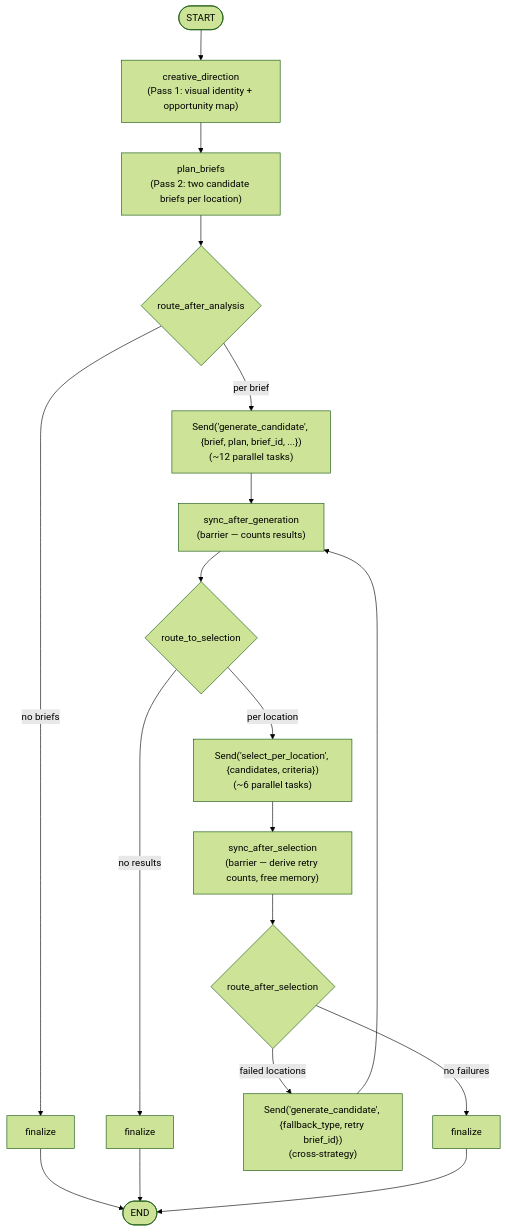
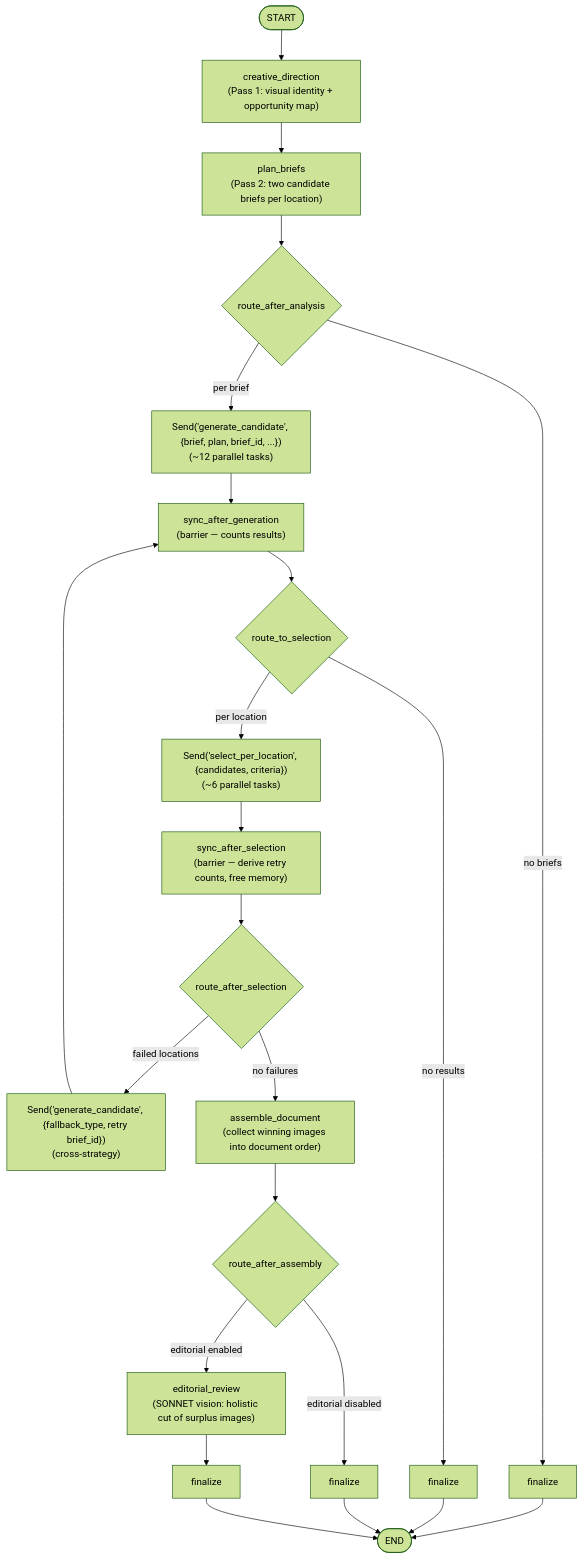
The first of 2 diagrams in docs/patterns/langgraph/document-illustration-workflow.md (DaveCBeck/thala), drawn with Mermaid (forest theme) before and after one commit. The commit also changed other lines of this file and 2 other files, not shown here.

First line of the commit message:
docs(illustrate): add editorial review pattern and solution docs

````diff
--- a/docs/patterns/langgraph/document-illustration-workflow.md
+++ b/docs/patterns/langgraph/document-illustration-workflow.md
@@ -52,21 +53,26 @@
 ```mermaid
 graph TD
     START([START])
     START --> creative_direction["creative_direction<br/>(Pass 1: visual identity + opportunity map)"]
     creative_direction --> plan_briefs["plan_briefs<br/>(Pass 2: two candidate briefs per location)"]
     plan_briefs --> conditional1{route_after_analysis}
     conditional1 -->|per brief| generate_candidate["Send('generate_candidate', {brief, plan, brief_id, ...})<br/>(~12 parallel tasks)"]
     conditional1 -->|no briefs| finalize1[finalize]
     generate_candidate --> sync_after_generation["sync_after_generation<br/>(barrier — counts results)"]
     sync_after_generation --> conditional2{route_to_selection}
     conditional2 -->|per location| select_per_location["Send('select_per_location', {candidates, criteria})<br/>(~6 parallel tasks)"]
     conditional2 -->|no results| finalize2[finalize]
     select_per_location --> sync_after_selection["sync_after_selection<br/>(barrier — derive retry counts, free memory)"]
     sync_after_selection --> conditional3{route_after_selection}
     conditional3 -->|failed locations| generate_candidate_retry["Send('generate_candidate', {fallback_type, retry brief_id})<br/>(cross-strategy)"]
-    conditional3 -->|no failures| finalize3[finalize]
     generate_candidate_retry --> sync_after_generation
+    conditional3 -->|no failures| assemble_document["assemble_document<br/>(collect winning images into document order)"]
+    assemble_document --> conditional4{route_after_assembly}
+    conditional4 -->|editorial enabled| editorial_review["editorial_review<br/>(SONNET vision: holistic cut of surplus images)"]
+    conditional4 -->|editorial disabled| finalize3[finalize]
+    editorial_review --> finalize4[finalize]
     finalize1 --> END([END])
     finalize2 --> END
     finalize3 --> END
+    finalize4 --> END
 ```
````
